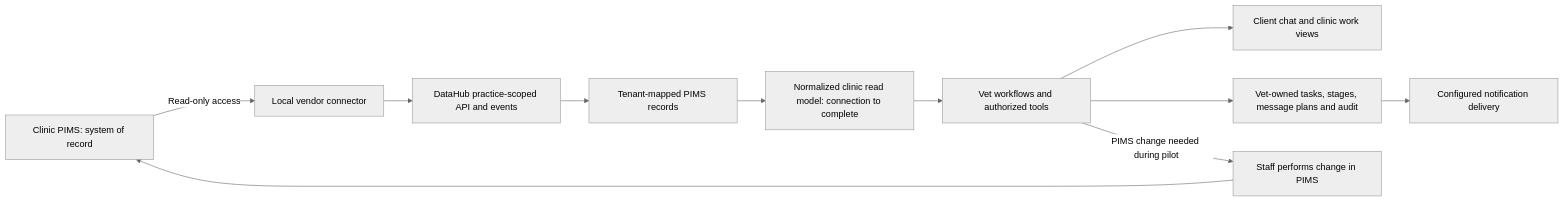
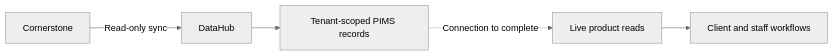
Before and after one commit to sandeepsalwan1/Vet: the diagram in docs/product-direction.v1.md, drawn with Mermaid (neutral theme). The commit also changed other lines of this file and 16 other files, not shown here.

````diff
--- a/docs/product-direction.v1.md
+++ b/docs/product-direction.v1.md
@@ -156,13 +39,7 @@
 ```mermaid
 flowchart LR
-    P[Clinic PIMS: system of record] -->|Read-only access| C[Local vendor connector]
-    C --> D[DataHub practice-scoped API and events]
-    D --> R[Tenant-mapped PIMS records]
-    R --> N[Normalized clinic read model: connection to complete]
-    N --> V[Vet workflows and authorized tools]
-    V --> U[Client chat and clinic work views]
-    V --> O[Vet-owned tasks, stages, message plans and audit]
-    O --> M[Configured notification delivery]
-    V -->|PIMS change needed during pilot| H[Staff performs change in PIMS]
-    H --> P
+    A[Cornerstone] -->|Read-only sync| B[DataHub]
+    B --> C[Tenant-scoped PIMS records]
+    C -.->|Connection to complete| D[Live product reads]
+    D --> E[Client and staff workflows]
 ```
````
